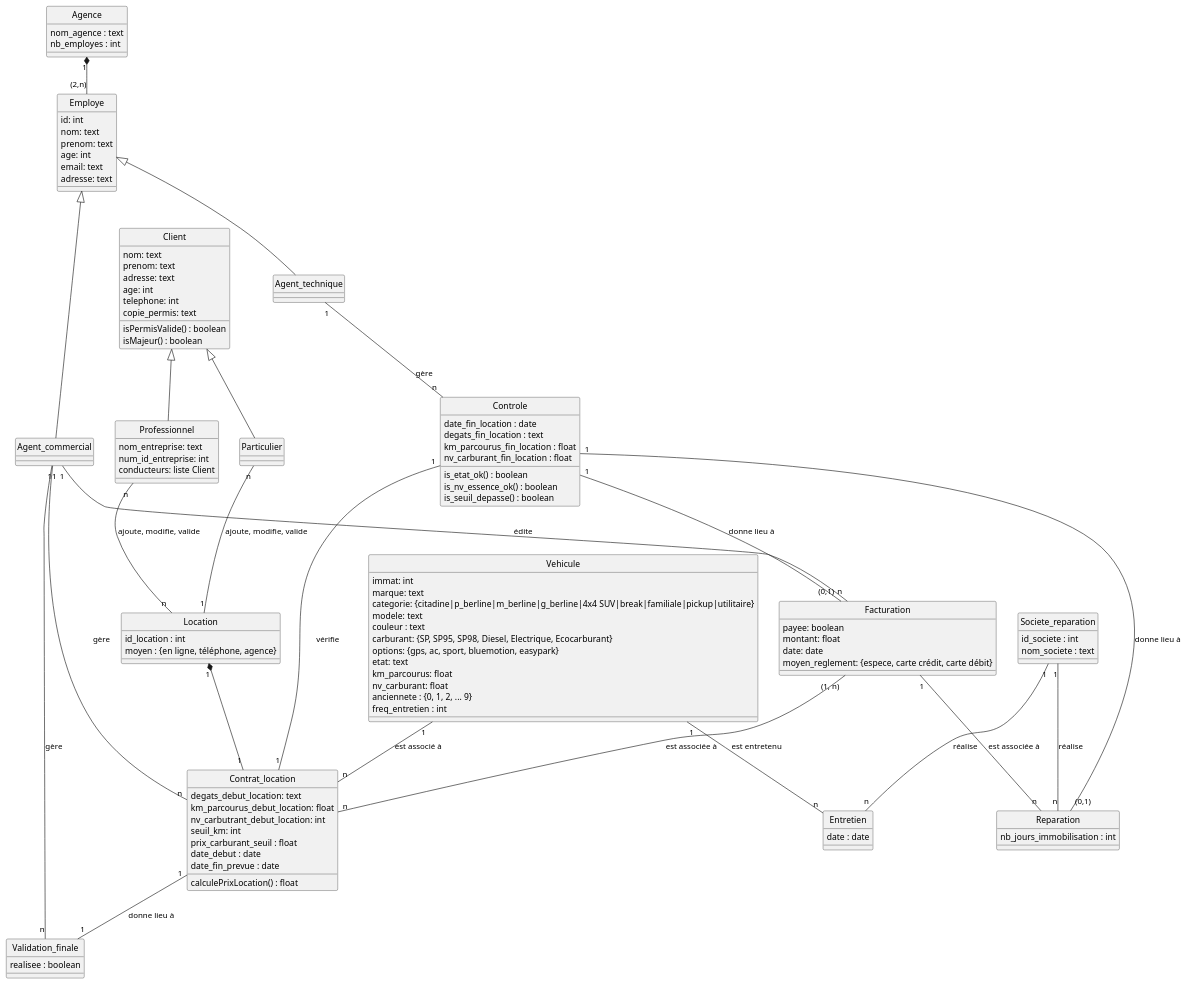
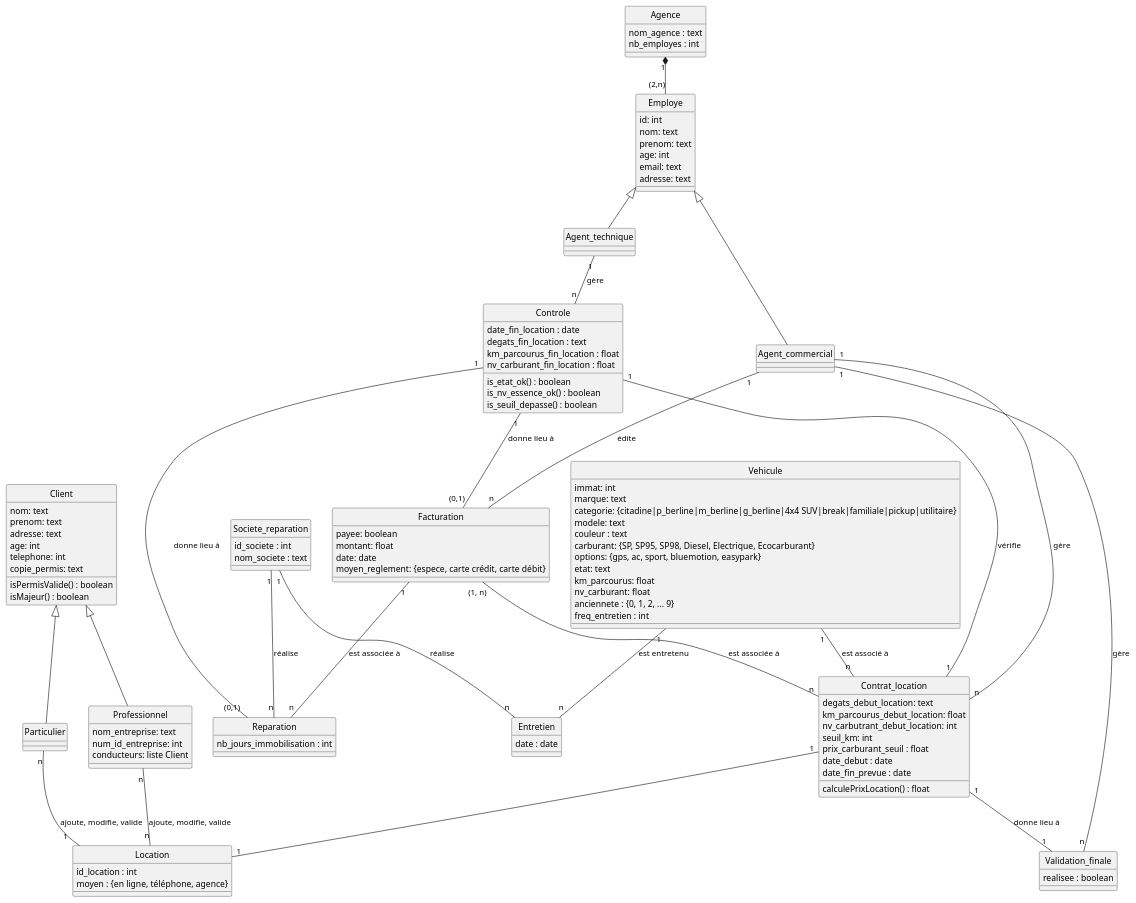
One commit to fouany/BDD-NF17 changed the diagram in MCD.plantuml. Above: the diagram before and after it, drawn with PlantUML.

```diff
--- a/MCD.plantuml
+++ b/MCD.plantuml
@@ -1,139 +1,140 @@
 @startuml
 hide circle
 
 class Vehicule{
   immat: int
   marque: text
   categorie: {citadine|p_berline|m_berline|g_berline|4x4 SUV|break|familiale|pickup|utilitaire}
   modele: text
   couleur : text
   carburant: {SP, SP95, SP98, Diesel, Electrique, Ecocarburant}
   options: {gps, ac, sport, bluemotion, easypark}
   etat: text
   km_parcourus: float
   nv_carburant: float
   anciennete : {0, 1, 2, ... 9}
   freq_entretien : int
 }
 
 class Agence{
   nom_agence : text
   nb_employes : int
 }
 
 class Employe{
   id: int
   nom: text
   prenom: text
   age: int
   email: text
   adresse: text
 }
 
 class Agent_commercial{}
 
 class Agent_technique{}
 
 class Societe_reparation{
   id_societe : int
   nom_societe : text
 }
 
 class Client{
   nom: text
   prenom: text
   adresse: text
   age: int
   telephone: int
   copie_permis: text
   isPermisValide() : boolean
   isMajeur() : boolean 
 }
 
 class Particulier{}
 
 class Professionnel{
   nom_entreprise: text
   num_id_entreprise: int
   conducteurs: liste Client
 }
 
 class Location{
   id_location : int
   moyen : {en ligne, téléphone, agence}
 }
 
 class Contrat_location{
   degats_debut_location: text
   km_parcourus_debut_location: float
   nv_carbutrant_debut_location: int
   seuil_km: int
   prix_carburant_seuil : float
   date_debut : date
   date_fin_prevue : date
   calculePrixLocation() : float
 }
 
 class Facturation{
   payee: boolean
   montant: float
   date: date
   moyen_reglement: {espece, carte crédit, carte débit}
 }
 
 class Validation_finale{
   realisee : boolean
 }
 
 class Entretien{
   date : date
 }
 
 class Controle{
   date_fin_location : date
   degats_fin_location : text
   km_parcourus_fin_location : float
   nv_carburant_fin_location : float
   is_etat_ok() : boolean 
   is_nv_essence_ok() : boolean
   is_seuil_depasse() : boolean
 }
 
 class Reparation{
   nb_jours_immobilisation : int
 }
 
-Location "1" *-- "1" Contrat_location
 Agence "1" *-- "(2,n)" Employe
 
 Employe <|-- Agent_technique
 Employe <|-- Agent_commercial
 
 Client <|-- Particulier
 Client <|-- Professionnel
 
 Particulier "n" -- "1" Location : ajoute, modifie, valide
+
 Professionnel "n" -- "n" Location : ajoute, modifie, valide
 
 Agent_commercial "1" -- "n" Contrat_location : gère 
 Agent_commercial "1" -- "n" Facturation : édite
 Agent_commercial "1" -- "n" Validation_finale : gère
 
 Agent_technique "1" -- "n" Controle : gère
 
 Contrat_location "1" -- "1" Validation_finale : donne lieu à
+Contrat_location "1" -- "1" Location
 
 Vehicule "1" -- "n" Contrat_location : est associé à  
 Vehicule "1" -- "n" Entretien : est entretenu
 
 Facturation "1" -- "n" Reparation : est associée à
 Facturation "(1, n)" -- "n" Contrat_location : est associée à
 
 Controle "1" -- "1" Contrat_location : vérifie
 Controle "1" -- "(0,1)" Reparation : donne lieu à 
 Controle "1" -- "(0,1)" Facturation : donne lieu à 
 
 Societe_reparation "1" -- "n" Entretien : réalise
 Societe_reparation "1" -- "n" Reparation : réalise
 
 @enduml
```
